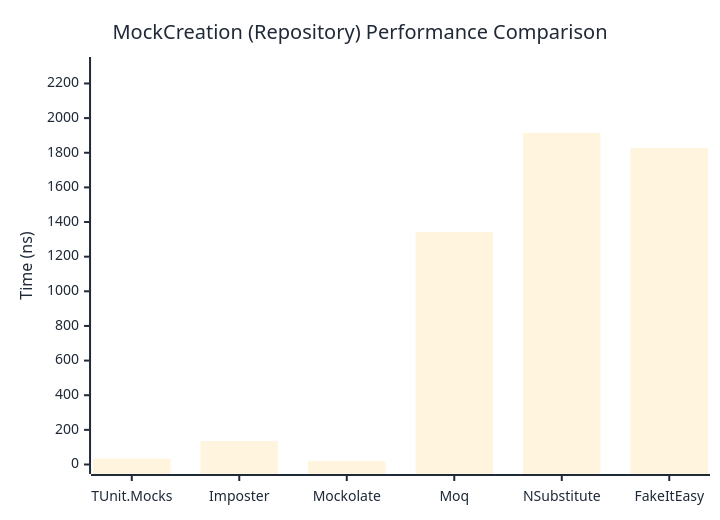
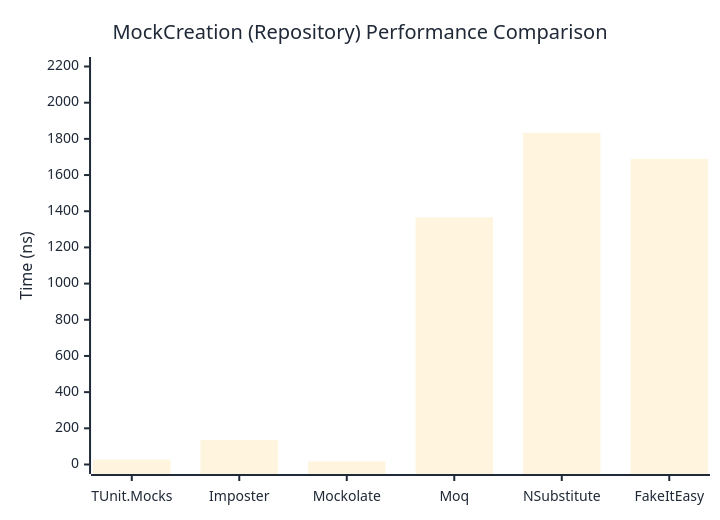
One commit to thomhurst/TUnit changed the second of 2 diagrams in docs/docs/benchmarks/mocks/MockCreation.md. Above: the diagram before and after it, drawn with Mermaid. The commit also changed other lines of this file and 14 other files, not shown here.

````diff
--- a/docs/docs/benchmarks/mocks/MockCreation.md
+++ b/docs/docs/benchmarks/mocks/MockCreation.md
@@ -71,27 +71,27 @@
 ```mermaid
 %%{init: {
   'theme':'base',
   'themeVariables': {
     'primaryColor': '#2563eb',
     'primaryTextColor': '#1f2937',
     'primaryBorderColor': '#1e40af',
     'lineColor': '#6b7280',
     'secondaryColor': '#7c3aed',
     'tertiaryColor': '#dc2626',
     'background': '#ffffff',
     'pie1': '#2563eb',
     'pie2': '#7c3aed',
     'pie3': '#dc2626',
     'pie4': '#f59e0b',
     'pie5': '#10b981',
     'pie6': '#06b6d4',
     'pie7': '#ec4899',
     'pie8': '#6366f1'
   }
 }}%%
 xychart-beta
   title "MockCreation (Repository) Performance Comparison"
   x-axis ["TUnit.Mocks", "Imposter", "Mockolate", "Moq", "NSubstitute", "FakeItEasy"]
-  y-axis "Time (ns)" 0 --> 2298
-  bar [33.66, 135.42, 19.41, 1343.12, 1914.29, 1827.78]
+  y-axis "Time (ns)" 0 --> 2200
+  bar [27.21, 135.39, 16.88, 1366.25, 1833.08, 1689.52]
 ```
````
